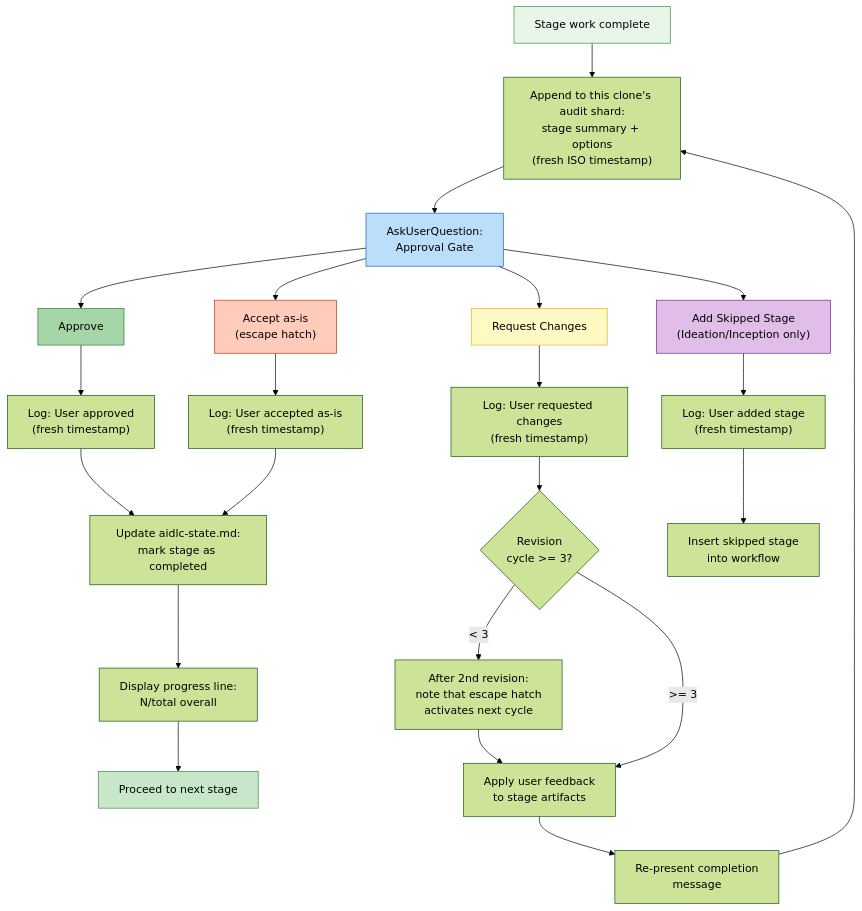
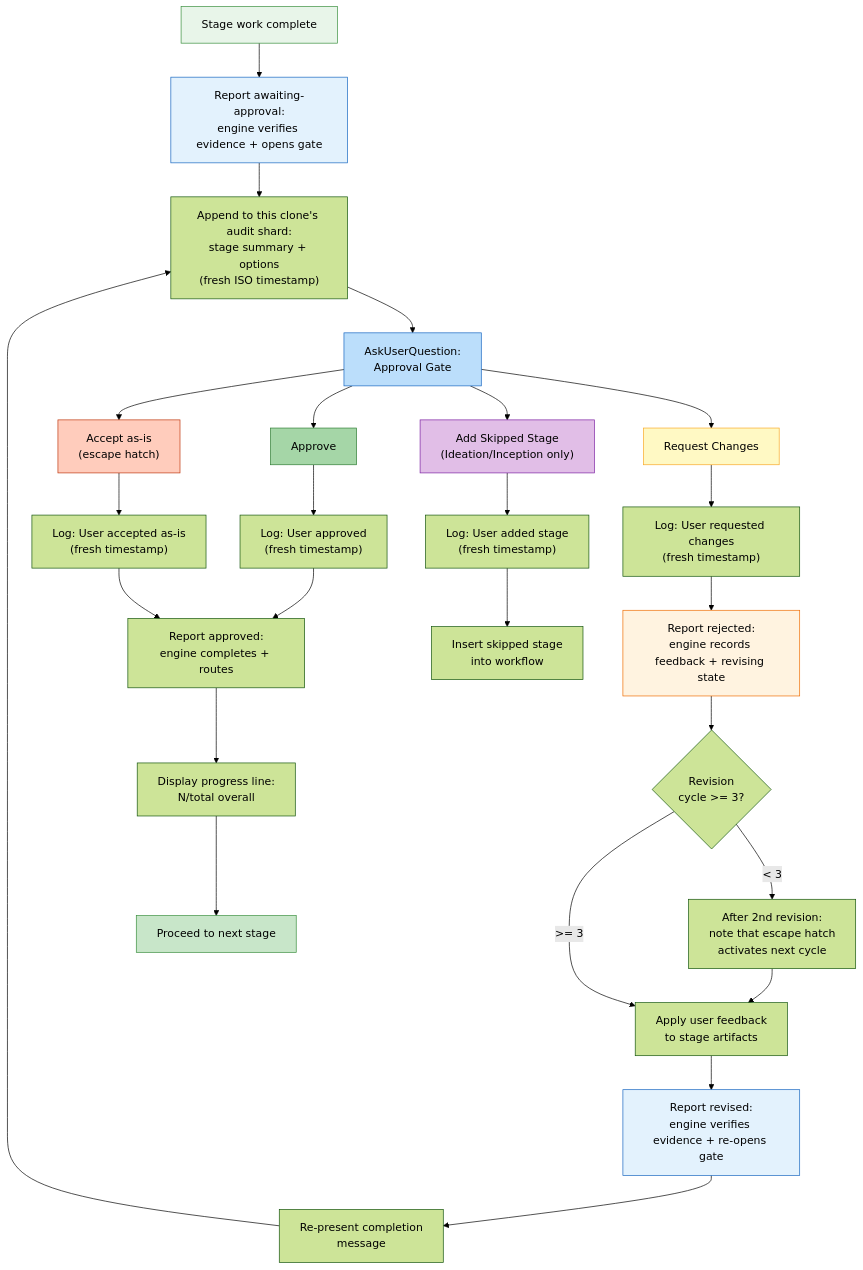
One commit to awslabs/aidlc-workflows changed the diagram in docs/reference/04-stage-protocol.md. Above: the diagram before and after it, drawn with Mermaid (forest theme). The commit also changed other lines of this file and 680 other files, not shown here.

````diff
--- a/docs/reference/04-stage-protocol.md
+++ b/docs/reference/04-stage-protocol.md
@@ -162,51 +164,57 @@
 ```mermaid
 flowchart TD
     COMPLETE["Stage work complete"]
+    REPORT_AWAITING["Report awaiting-approval:\nengine verifies evidence + opens gate"]
     AUDIT_PRE["Append to this clone's audit shard:\nstage summary + options\n(fresh ISO timestamp)"]
     ASK["AskUserQuestion:\nApproval Gate"]
 
     APPROVE["Approve"]
     CHANGES["Request Changes"]
     ACCEPT["Accept as-is\n(escape hatch)"]
     ADD_STAGE["Add Skipped Stage\n(Ideation/Inception only)"]
 
     AUDIT_POST_A["Log: User approved\n(fresh timestamp)"]
     AUDIT_POST_C["Log: User requested changes\n(fresh timestamp)"]
     AUDIT_POST_ACC["Log: User accepted as-is\n(fresh timestamp)"]
     AUDIT_POST_ADD["Log: User added stage\n(fresh timestamp)"]
 
     REVISION_COUNT{"Revision\ncycle >= 3?"}
     NOTE_2ND["After 2nd revision:\nnote that escape hatch\nactivates next cycle"]
 
-    UPDATE_STATE["Update aidlc-state.md:\nmark stage as completed"]
+    REPORT_APPROVED["Report approved:\nengine completes + routes"]
+    REPORT_REJECTED["Report rejected:\nengine records feedback + revising state"]
+    REPORT_REVISED["Report revised:\nengine verifies evidence + re-opens gate"]
     PROGRESS["Display progress line:\nN/total overall"]
     NEXT_STAGE["Proceed to next stage"]
 
     REVISE["Apply user feedback\nto stage artifacts"]
     RE_PRESENT["Re-present completion\nmessage"]
 
     ADD_EXEC["Insert skipped stage\ninto workflow"]
 
-    COMPLETE --> AUDIT_PRE --> ASK
+    COMPLETE --> REPORT_AWAITING --> AUDIT_PRE --> ASK
     ASK --> APPROVE
     ASK --> CHANGES
     ASK --> ACCEPT
     ASK --> ADD_STAGE
 
-    APPROVE --> AUDIT_POST_A --> UPDATE_STATE --> PROGRESS --> NEXT_STAGE
-    ACCEPT --> AUDIT_POST_ACC --> UPDATE_STATE
+    APPROVE --> AUDIT_POST_A --> REPORT_APPROVED --> PROGRESS --> NEXT_STAGE
+    ACCEPT --> AUDIT_POST_ACC --> REPORT_APPROVED
 
-    CHANGES --> AUDIT_POST_C --> REVISION_COUNT
-    REVISION_COUNT -->|"< 3"| NOTE_2ND --> REVISE --> RE_PRESENT --> AUDIT_PRE
+    CHANGES --> AUDIT_POST_C --> REPORT_REJECTED --> REVISION_COUNT
+    REVISION_COUNT -->|"< 3"| NOTE_2ND --> REVISE --> REPORT_REVISED --> RE_PRESENT --> AUDIT_PRE
     REVISION_COUNT -->|">= 3"| REVISE
 
     ADD_STAGE --> AUDIT_POST_ADD --> ADD_EXEC
 
     style COMPLETE fill:#e8f5e9,stroke:#388e3c
+    style REPORT_AWAITING fill:#e3f2fd,stroke:#1565c0
     style ASK fill:#bbdefb,stroke:#1565c0
     style APPROVE fill:#a5d6a7,stroke:#2e7d32
     style CHANGES fill:#fff9c4,stroke:#f9a825
+    style REPORT_REJECTED fill:#fff3e0,stroke:#ef6c00
+    style REPORT_REVISED fill:#e3f2fd,stroke:#1565c0
     style ACCEPT fill:#ffccbc,stroke:#bf360c
     style ADD_STAGE fill:#e1bee7,stroke:#7b1fa2
     style NEXT_STAGE fill:#c8e6c9,stroke:#388e3c
 ```
````
